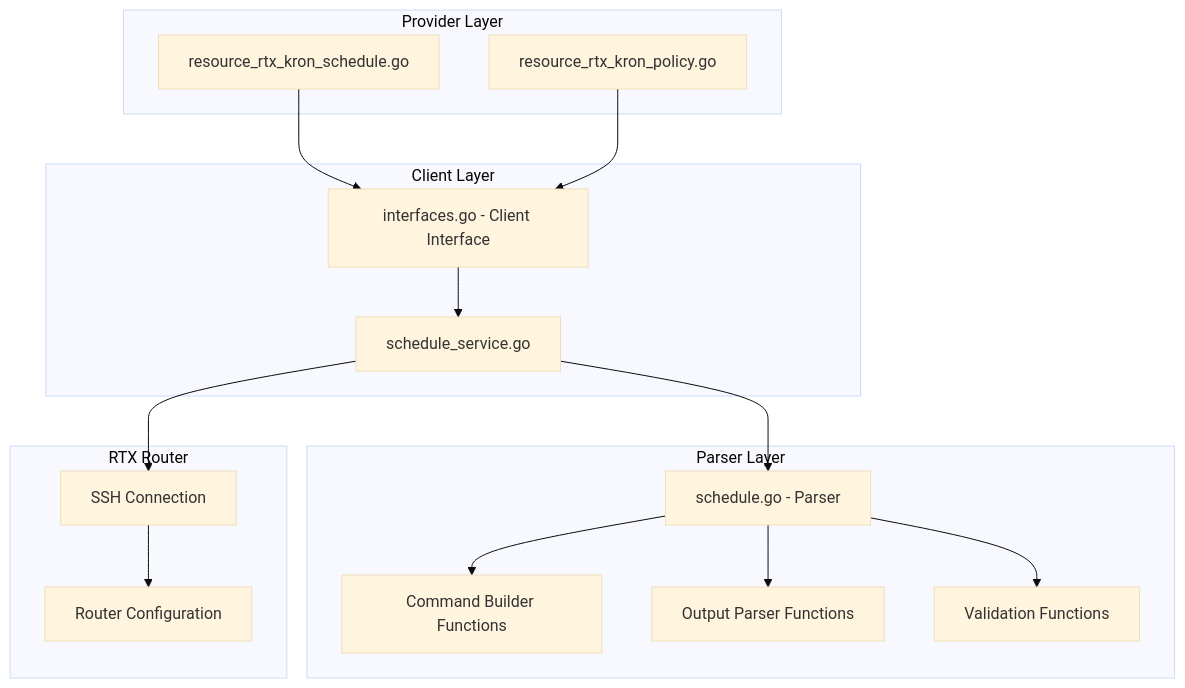
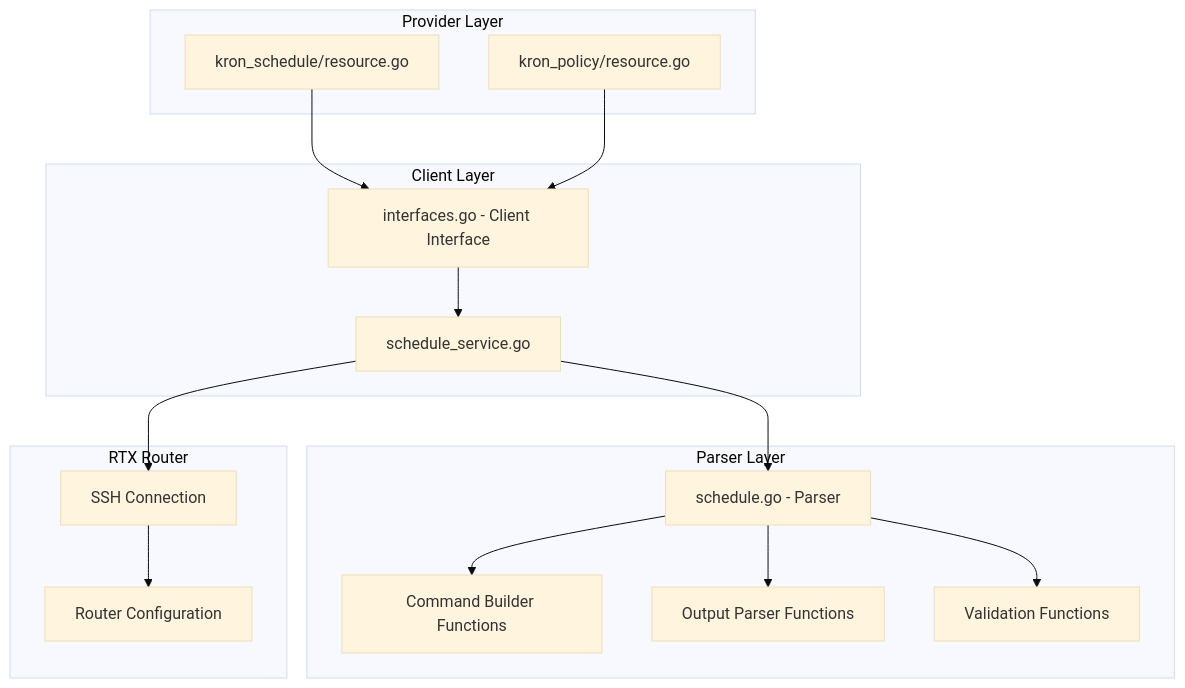
Before and after one commit to shin1ohno/terraform-provider-rtx: the diagram in .spec-workflow/master-specs/schedule/design.md, drawn with Mermaid (base theme). The commit also changed other lines of this file and 43 other files, not shown here.

````diff
--- a/.spec-workflow/master-specs/schedule/design.md
+++ b/.spec-workflow/master-specs/schedule/design.md
@@ -49,34 +49,34 @@
 ```mermaid
 graph TD
     subgraph Provider Layer
-        KronSchedule[resource_rtx_kron_schedule.go]
-        KronPolicy[resource_rtx_kron_policy.go]
+        KronSchedule[kron_schedule/resource.go]
+        KronPolicy[kron_policy/resource.go]
     end
 
     subgraph Client Layer
         ClientInterface[interfaces.go - Client Interface]
         ScheduleService[schedule_service.go]
     end
 
     subgraph Parser Layer
         ScheduleParser[schedule.go - Parser]
         CommandBuilders[Command Builder Functions]
         OutputParsers[Output Parser Functions]
         Validators[Validation Functions]
     end
 
     subgraph RTX Router
         SSH[SSH Connection]
         Config[Router Configuration]
     end
 
     KronSchedule --> ClientInterface
     KronPolicy --> ClientInterface
     ClientInterface --> ScheduleService
     ScheduleService --> ScheduleParser
     ScheduleParser --> CommandBuilders
     ScheduleParser --> OutputParsers
     ScheduleParser --> Validators
     ScheduleService --> SSH
     SSH --> Config
 ```
````
